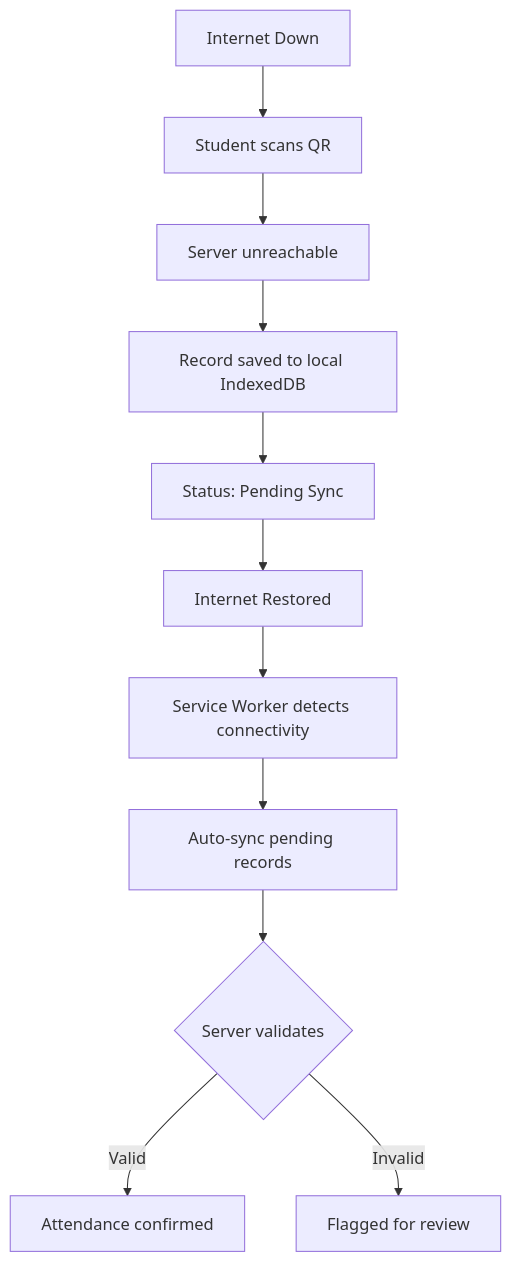
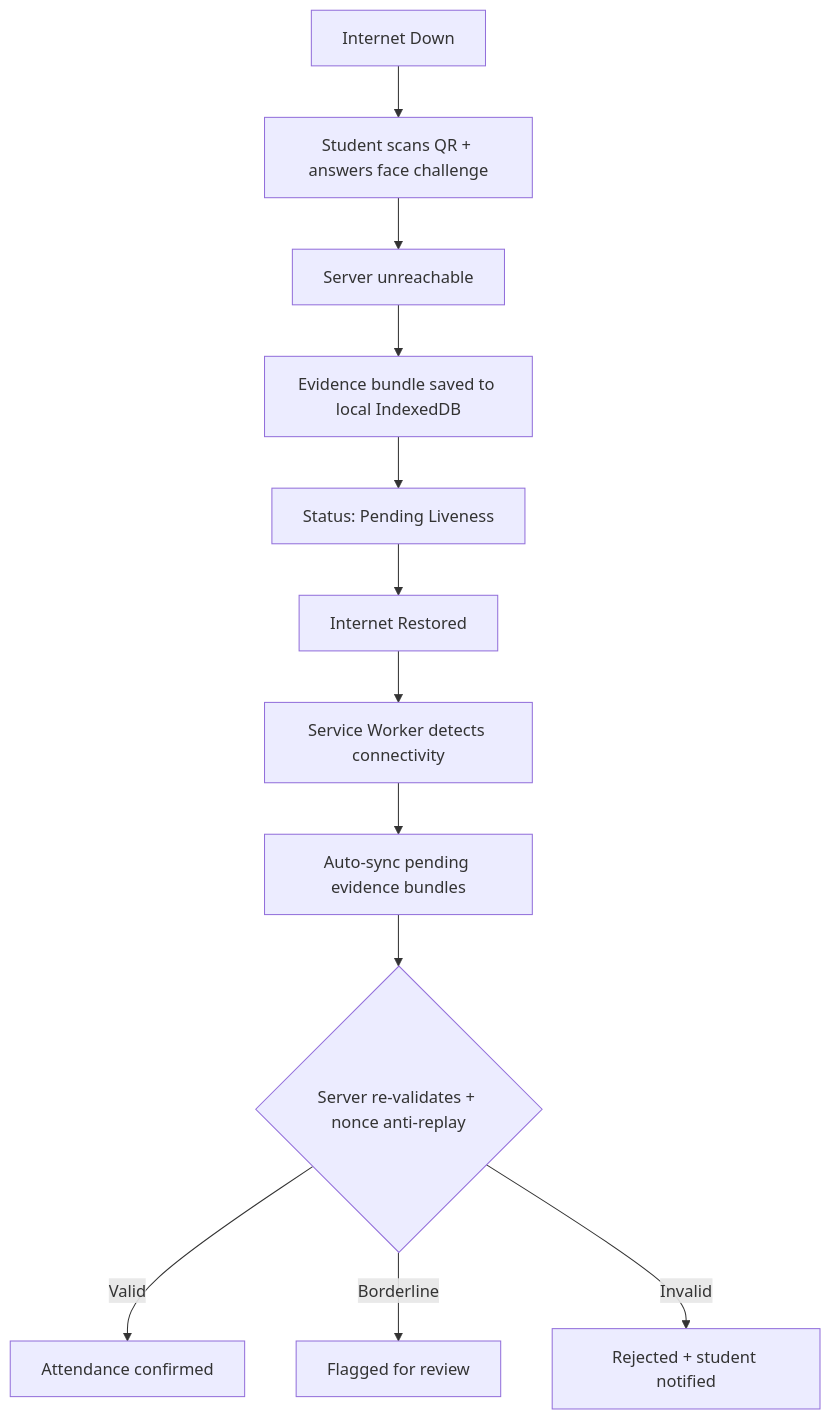
Before and after one commit to dhenji/qr_based_attendance_system: the second of 3 diagrams in docs/presentations/presentation-slides.md, drawn with Mermaid. The commit also changed other lines of this file and 10 other files, not shown here.

````diff
--- a/docs/presentations/presentation-slides.md
+++ b/docs/presentations/presentation-slides.md
@@ -133,13 +135,14 @@
 ```mermaid
 flowchart TD
-    A[Internet Down] --> B[Student scans QR]
+    A[Internet Down] --> B[Student scans QR + answers face challenge]
     B --> C[Server unreachable]
-    C --> D[Record saved to local IndexedDB]
-    D --> E[Status: Pending Sync]
+    C --> D[Evidence bundle saved to local IndexedDB]
+    D --> E[Status: Pending Liveness]
     E --> F[Internet Restored]
     F --> G[Service Worker detects connectivity]
-    G --> H[Auto-sync pending records]
-    H --> I{Server validates}
+    G --> H[Auto-sync pending evidence bundles]
+    H --> I{Server re-validates + nonce anti-replay}
     I -->|Valid| J[Attendance confirmed]
-    I -->|Invalid| K[Flagged for review]
+    I -->|Borderline| K[Flagged for review]
+    I -->|Invalid| L[Rejected + student notified]
 ```
````
